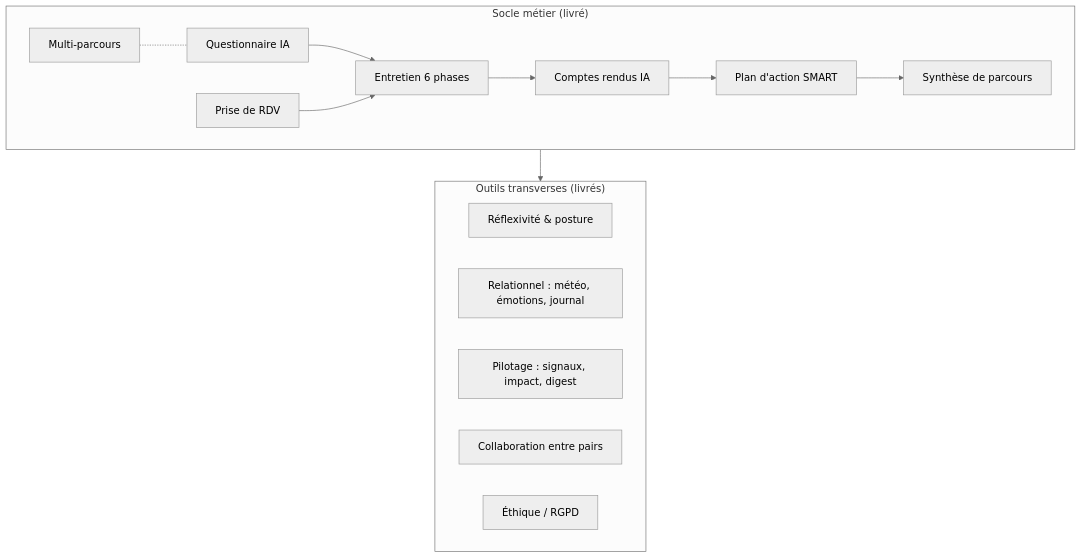
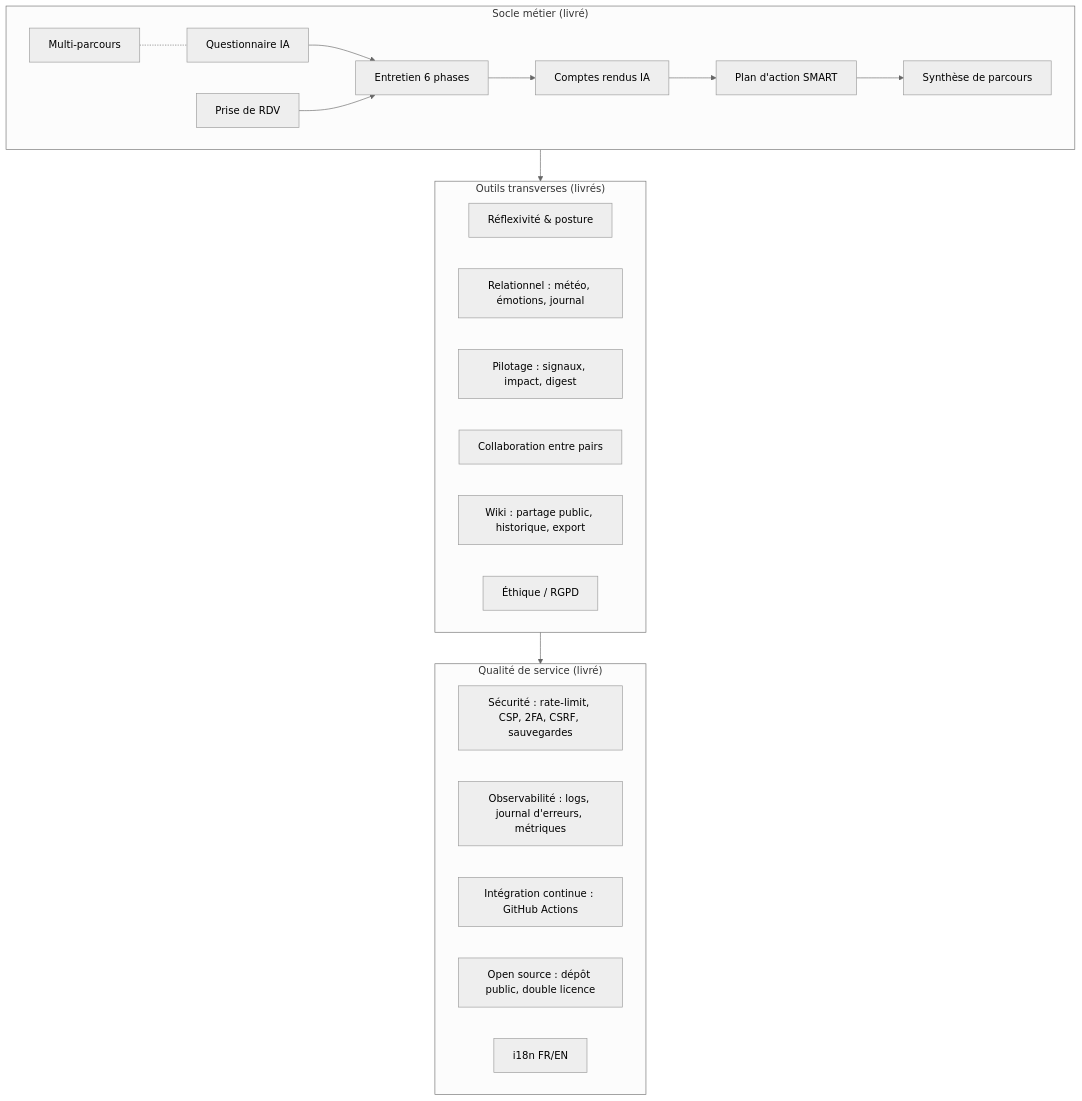
The second of 4 diagrams in app/api/src/wiki/content/executive-summary.md (melafrit/FAD130_accompagnement_pro), drawn with Mermaid (neutral theme) before and after one commit. The commit also changed other lines of this file and 14 other files, not shown here.

````diff
--- a/app/api/src/wiki/content/executive-summary.md
+++ b/app/api/src/wiki/content/executive-summary.md
@@ -81,19 +85,28 @@
 ```mermaid
 graph TD
     subgraph SOCLE["Socle métier (livré)"]
         Q[Questionnaire IA] --> E[Entretien 6 phases]
         E --> CR[Comptes rendus IA]
         CR --> PA[Plan d'action SMART]
         PA --> SY[Synthèse de parcours]
         RDV[Prise de RDV] --> E
         MP[Multi-parcours] -.- Q
     end
     subgraph TRANSVERSE["Outils transverses (livrés)"]
         REF[Réflexivité & posture]
         REL[Relationnel : météo, émotions, journal]
         PIL[Pilotage : signaux, impact, digest]
         COL[Collaboration entre pairs]
+        WIK[Wiki : partage public, historique, export]
         ETH[Éthique / RGPD]
     end
+    subgraph NFR["Qualité de service (livré)"]
+        SEC[Sécurité : rate-limit, CSP, 2FA, CSRF, sauvegardes]
+        OBS[Observabilité : logs, journal d'erreurs, métriques]
+        CI[Intégration continue : GitHub Actions]
+        OSS[Open source : dépôt public, double licence]
+        I18N[i18n FR/EN]
+    end
     SOCLE --> TRANSVERSE
+    TRANSVERSE --> NFR
 ```
````
